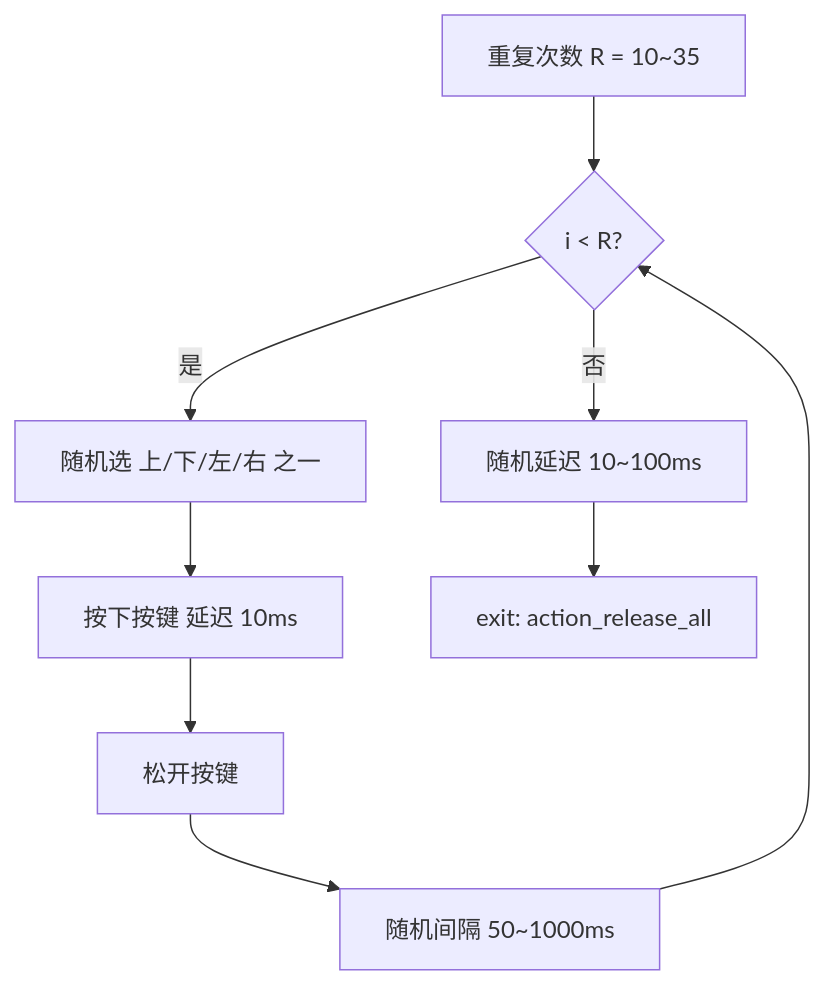
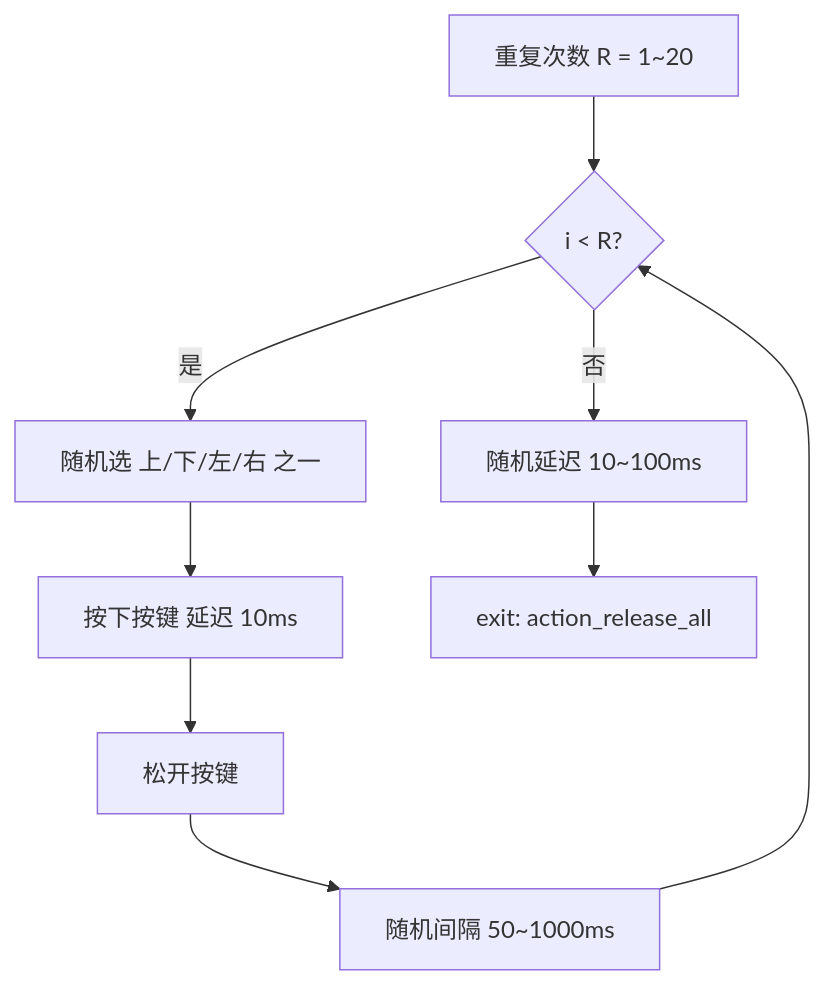
Before and after one commit to cr3hf/ESP32_WEB_BLE_Keyboard-mouse: the fifth of 6 diagrams in 程序逻辑说明.md, drawn with Mermaid. The commit also changed other lines of this file and 7 other files, not shown here.

````diff
--- a/程序逻辑说明.md
+++ b/程序逻辑说明.md
@@ -200,11 +212,11 @@
 ```mermaid
 flowchart TD
-    A[重复次数 R = 10~35] --> B{i < R?}
+    A[重复次数 R = 1~20] --> B{i < R?}
     B -- 是 --> C[随机选 上/下/左/右 之一]
     C --> D[按下按键 延迟 10ms]
     D --> E[松开按键]
     E --> F[随机间隔 50~1000ms]
     F --> B
     B -- 否 --> G[随机延迟 10~100ms]
     G --> H[exit: action_release_all]
 ```
````
